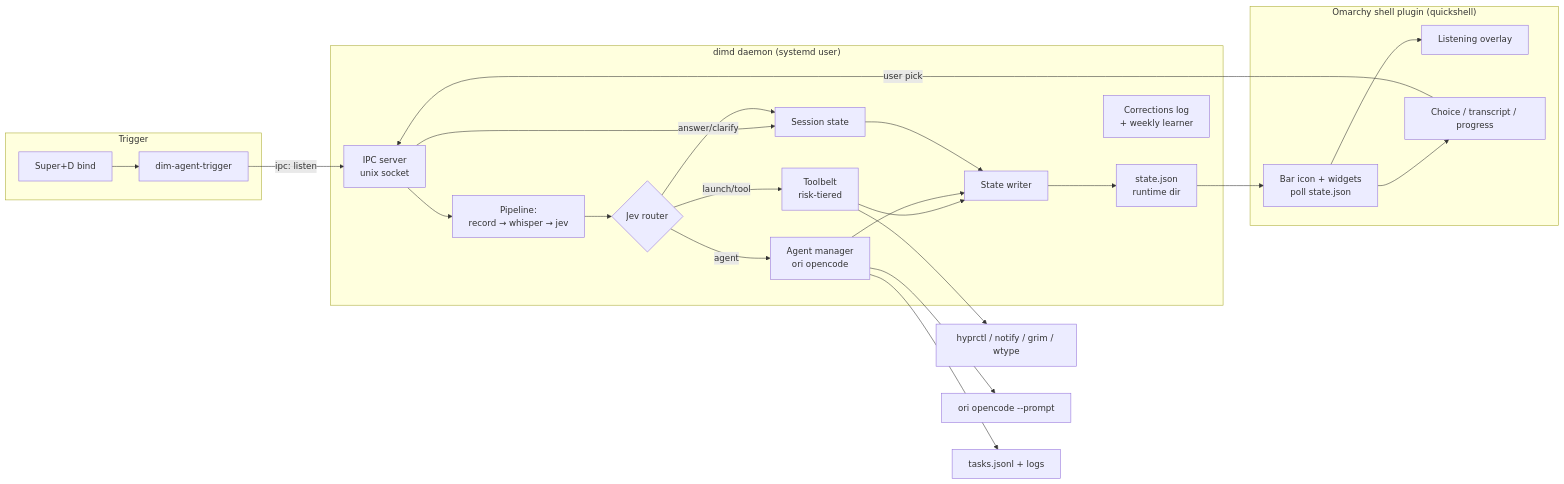
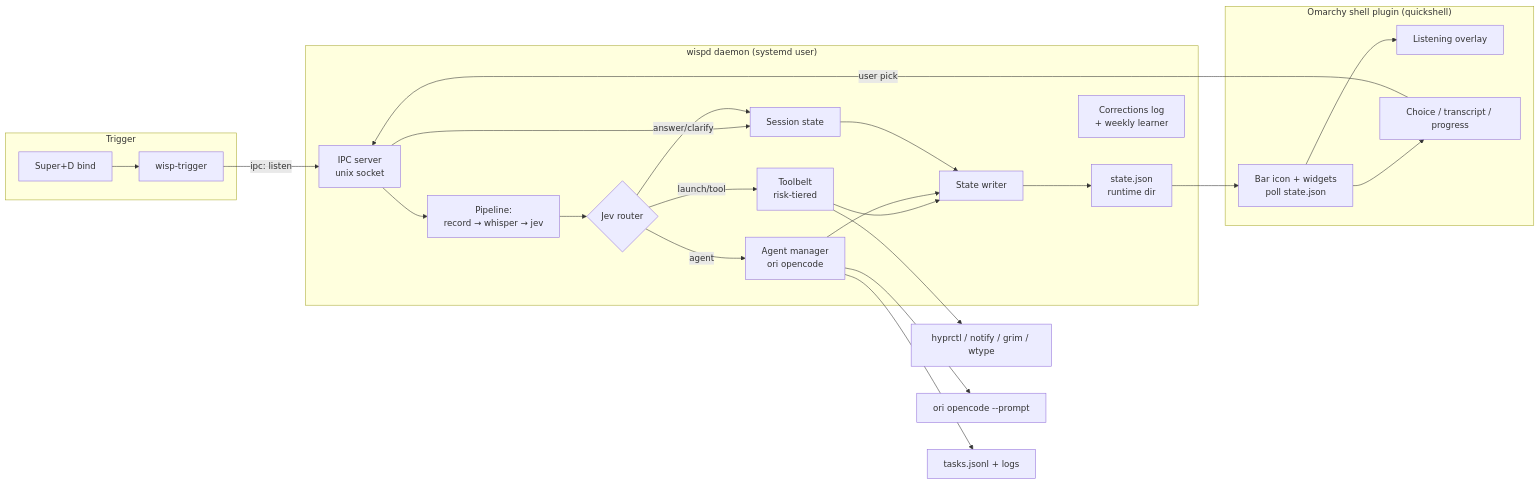
The diagram in docs/plans/2026-09-18-001-feat-dim-autonomous-assistant-plan.md (duketopceo/dim-agent), drawn with Mermaid before and after one commit. The commit also changed other lines of this file and 5096 other files, not shown here.

First line of the commit message:
Rename Dim Agent to Wisp (#30)

````diff
--- a/docs/plans/2026-09-18-001-feat-dim-autonomous-assistant-plan.md
+++ b/docs/plans/2026-09-18-001-feat-dim-autonomous-assistant-plan.md
@@ -52,32 +52,32 @@
 ```mermaid
 flowchart LR
     subgraph Trigger
-        K[Super+D bind] --> T[dim-agent-trigger]
+        K[Super+D bind] --> T[wisp-trigger]
     end
     T -- "ipc: listen" --> D
 
-    subgraph dimd["dimd daemon (systemd user)"]
+    subgraph wispd["wispd daemon (systemd user)"]
         D[IPC server\nunix socket] --> S[Session state]
         D --> P[Pipeline:\nrecord → whisper → jev]
         P --> J{Jev router}
         J -->|launch/tool| TB[Toolbelt\nrisk-tiered]
         J -->|agent| AG[Agent manager\nori opencode]
         J -->|answer/clarify| S
         TB --> ST[State writer]
         AG --> ST
         S --> ST
         ST --> F[state.json\nruntime dir]
         L[Corrections log\n+ weekly learner]
     end
 
     subgraph shell["Omarchy shell plugin (quickshell)"]
         F --> BW[Bar icon + widgets\npoll state.json]
         BW --> OV[Listening overlay]
         BW --> CH[Choice / transcript / progress]
         CH -- "user pick" --> D
     end
 
     TB --> H[hyprctl / notify / grim / wtype]
     AG --> OC[ori opencode --prompt]
     AG --> TL[tasks.jsonl + logs]
 ```
````
